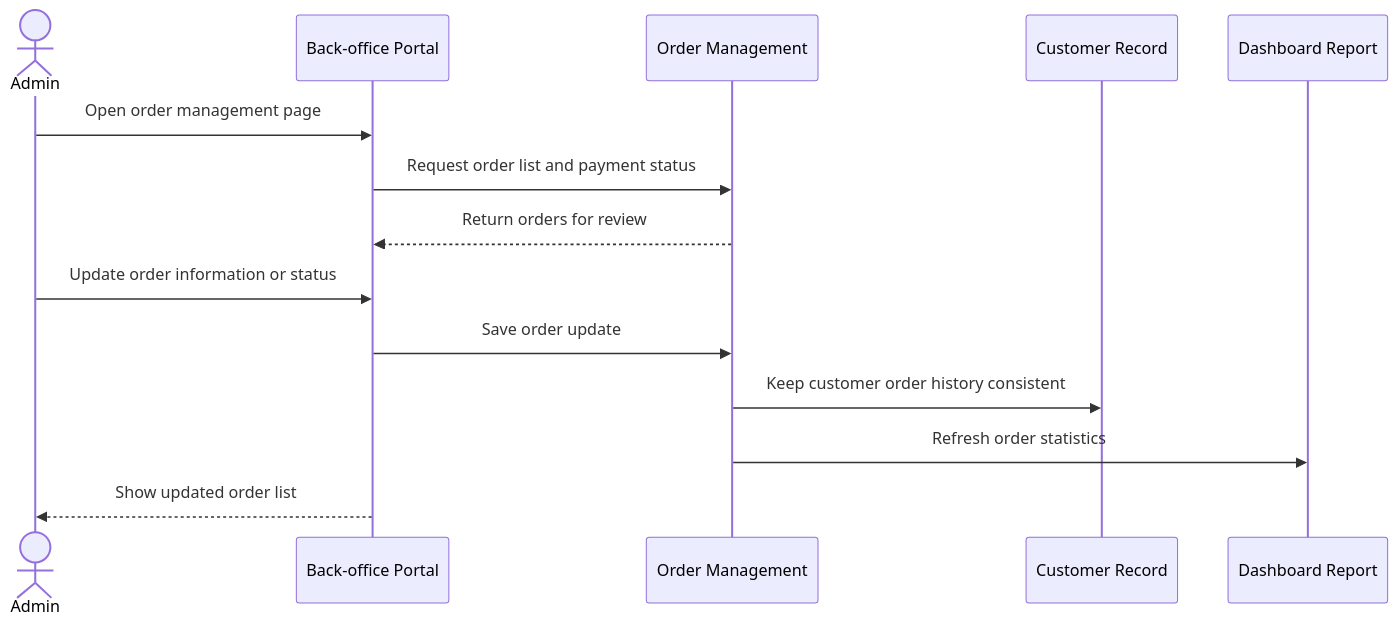
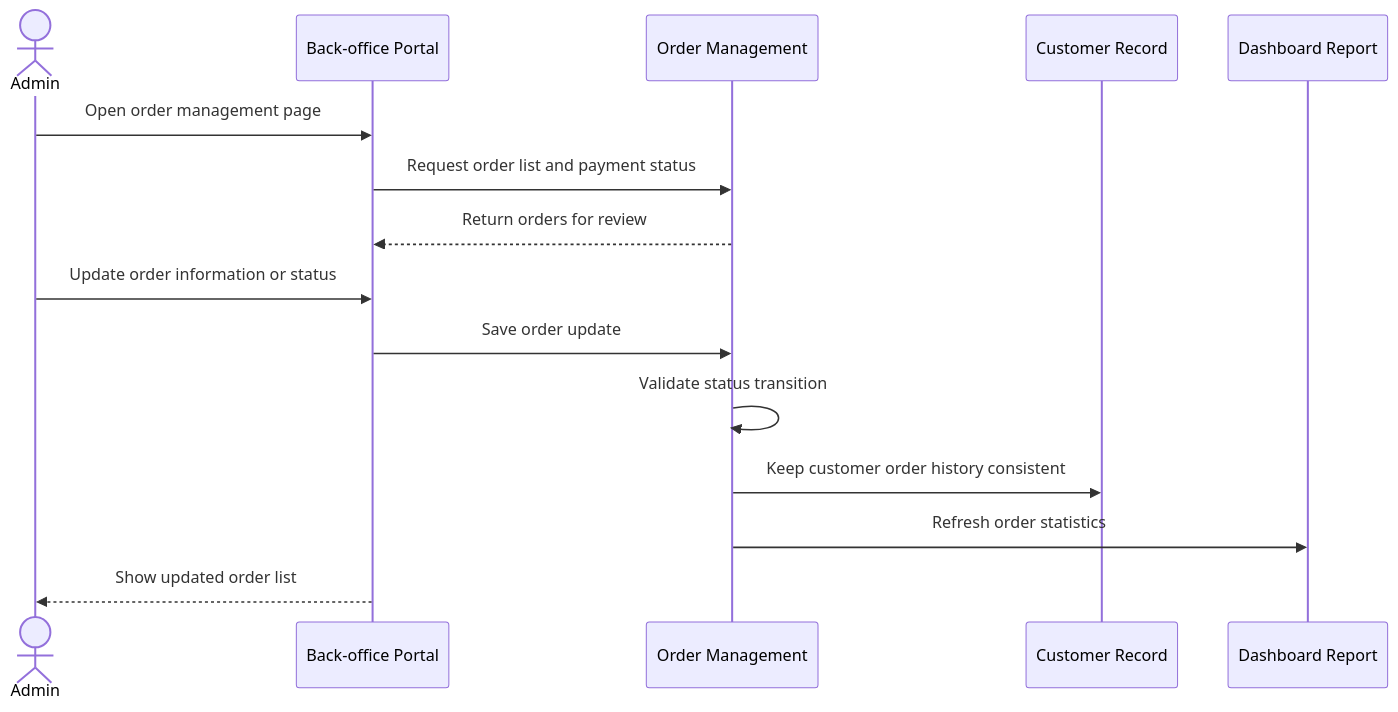
The fifth of 7 diagrams in README.md (ngxuanvan/ReSip-Multi-Payment-E-Commerce), drawn with Mermaid before and after one commit. The commit also changed other lines of this file, not shown here.

Commit message:
docs: restore business self messages in README diagrams

````diff
--- a/README.md
+++ b/README.md
@@ -169,18 +172,19 @@
 ```mermaid
 sequenceDiagram
     actor Admin
     participant BackOffice as Back-office Portal
     participant Order as Order Management
     participant Customer as Customer Record
     participant Dashboard as Dashboard Report
 
     Admin->>BackOffice: Open order management page
     BackOffice->>Order: Request order list and payment status
     Order-->>BackOffice: Return orders for review
 
     Admin->>BackOffice: Update order information or status
     BackOffice->>Order: Save order update
+    Order->>Order: Validate status transition
     Order->>Customer: Keep customer order history consistent
     Order->>Dashboard: Refresh order statistics
     BackOffice-->>Admin: Show updated order list
 ```
````
